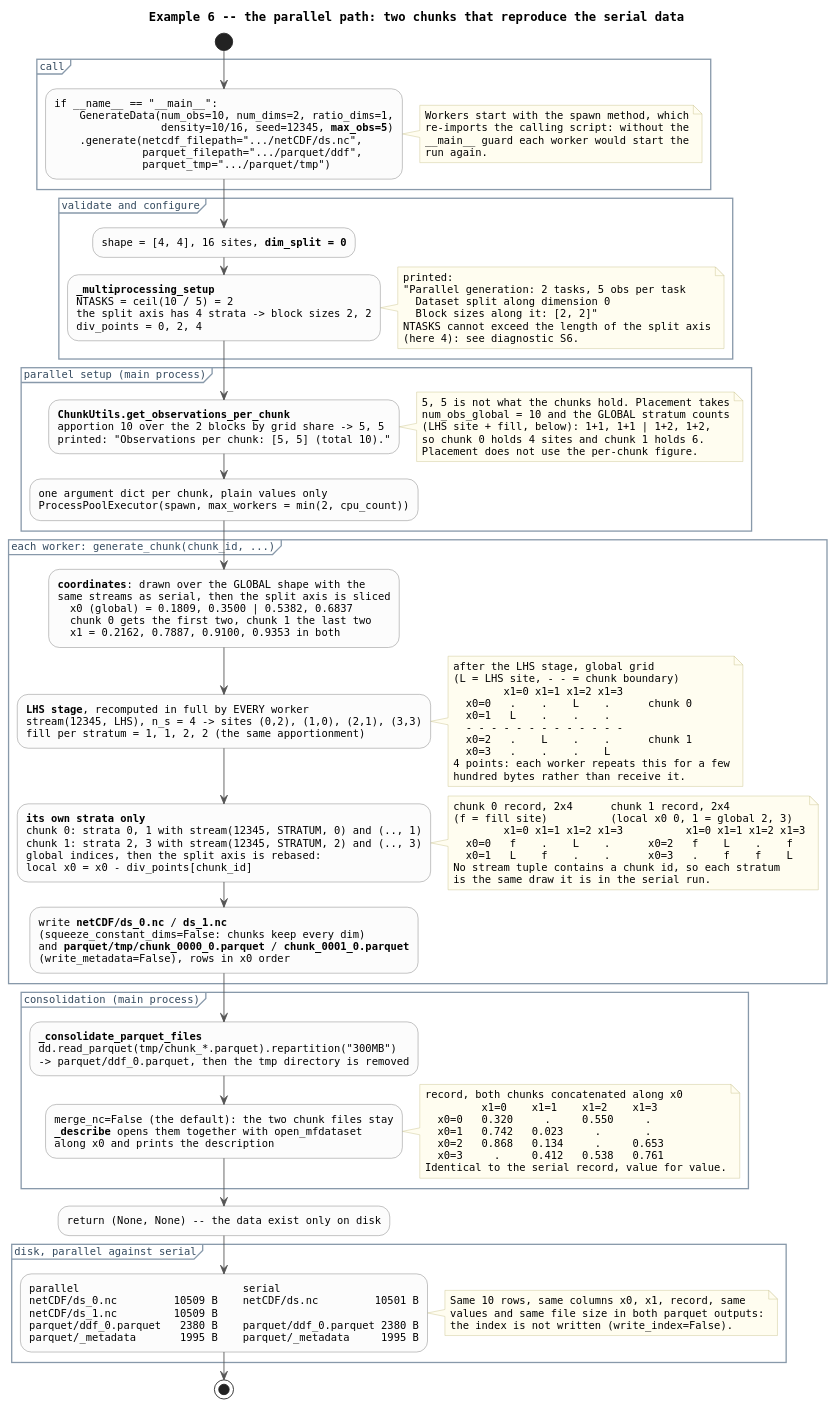
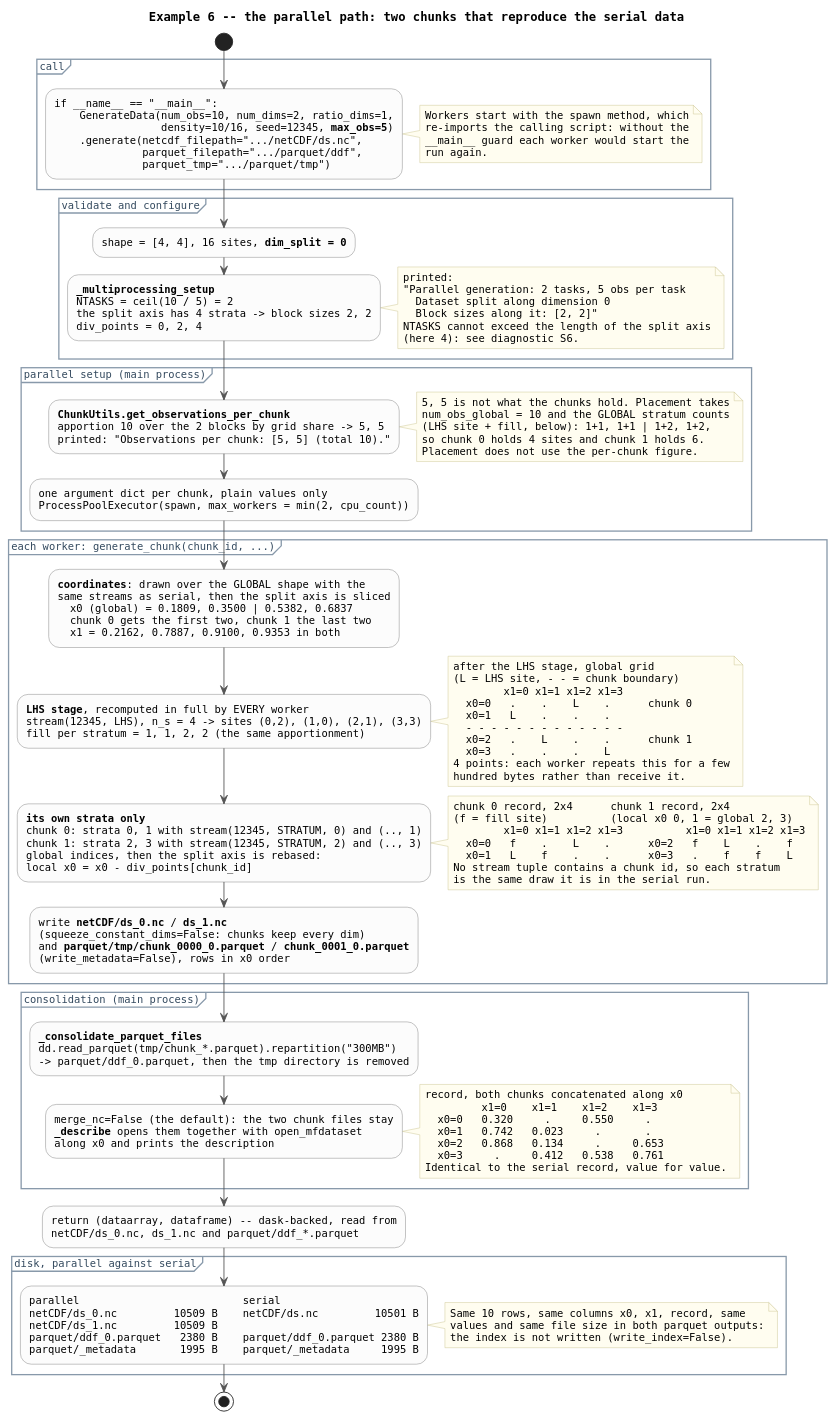
Before and after one commit to boom-lab/tabray: the diagram in docs/dataflow_example_parallel.puml, drawn with PlantUML. The commit also changed 6 other files, not shown here.

Commit message:
parallel generate() returns dask-backed dataset and dataframe

```diff
--- a/docs/dataflow_example_parallel.puml
+++ b/docs/dataflow_example_parallel.puml
@@ -1,158 +1,159 @@
 @startuml dataflow_example_parallel
 ' Worked example: the parallel path, one variable on a 4x4 grid in two
 ' chunks, compared with the serial run of the same call without max_obs.
 ' Every number here is from actual runs.
 ' Grids: rows x0 (= dim_split), columns x1, index space.
 ' Render: plantuml docs/dataflow_example_parallel.puml
 
 title Example 6 -- the parallel path: two chunks that reproduce the serial data
 
 skinparam shadowing false
 skinparam defaultFontName Monospaced
 skinparam defaultFontSize 12
 skinparam ArrowColor #555555
 skinparam activity {
   BackgroundColor #FCFCFC
   BorderColor #777777
   DiamondBackgroundColor #F2F2F2
 }
 skinparam partition {
   BorderColor #8899AA
   FontColor #33495E
 }
 skinparam note {
   BackgroundColor #FFFDF0
   BorderColor #C8C08A
 }
 
 start
 
 partition "call" {
   :if ~__name~__ == "~__main~__":
       GenerateData(num_obs=10, num_dims=2, ratio_dims=1,
                    density=10/16, seed=12345, <b>max_obs=5</b>)
       .generate(netcdf_filepath=".../netCDF/ds.nc",
                 parquet_filepath=".../parquet/ddf",
                 parquet_tmp=".../parquet/tmp");
   note right
     Workers start with the spawn method, which
     re-imports the calling script: without the
     ~__main~__ guard each worker would start the
     run again.
   end note
 }
 
 partition "validate and configure" {
   :shape = [4, 4], 16 sites, <b>dim_split = 0</b>;
 
   :<b>_multiprocessing_setup</b>
   NTASKS = ceil(10 / 5) = 2
   the split axis has 4 strata -> block sizes 2, 2
   div_points = 0, 2, 4;
   note right
     printed:
     "Parallel generation: 2 tasks, 5 obs per task
       Dataset split along dimension 0
       Block sizes along it: [2, 2]"
     NTASKS cannot exceed the length of the split axis
     (here 4): see diagnostic S6.
   end note
 }
 
 partition "parallel setup (main process)" {
   :<b>ChunkUtils.get_observations_per_chunk</b>
   apportion 10 over the 2 blocks by grid share -> 5, 5
   printed: "Observations per chunk: [5, 5] (total 10).";
   note right
     5, 5 is not what the chunks hold. Placement takes
     num_obs_global = 10 and the GLOBAL stratum counts
     (LHS site + fill, below): 1+1, 1+1 | 1+2, 1+2,
     so chunk 0 holds 4 sites and chunk 1 holds 6.
     Placement does not use the per-chunk figure.
   end note
 
   :one argument dict per chunk, plain values only
   ProcessPoolExecutor(spawn, max_workers = min(2, cpu_count));
 }
 
 partition "each worker: generate_chunk(chunk_id, ...)" {
   :<b>coordinates</b>: drawn over the GLOBAL shape with the
   same streams as serial, then the split axis is sliced
     x0 (global) = 0.1809, 0.3500 | 0.5382, 0.6837
     chunk 0 gets the first two, chunk 1 the last two
     x1 = 0.2162, 0.7887, 0.9100, 0.9353 in both;
 
   :<b>LHS stage</b>, recomputed in full by EVERY worker
   stream(12345, LHS), n_s = 4 -> sites (0,2), (1,0), (2,1), (3,3)
   fill per stratum = 1, 1, 2, 2 (the same apportionment);
   note right
     after the LHS stage, global grid
     (L = LHS site, - - = chunk boundary)
             x1=0 x1=1 x1=2 x1=3
       x0=0   .    .    L    .      chunk 0
       x0=1   L    .    .    .
       - - - - - - - - - - - - -
       x0=2   .    L    .    .      chunk 1
       x0=3   .    .    .    L
     4 points: each worker repeats this for a few
     hundred bytes rather than receive it.
   end note
 
   :<b>its own strata only</b>
   chunk 0: strata 0, 1 with stream(12345, STRATUM, 0) and (.., 1)
   chunk 1: strata 2, 3 with stream(12345, STRATUM, 2) and (.., 3)
   global indices, then the split axis is rebased:
   local x0 = x0 - div_points[chunk_id];
   note right
     chunk 0 record, 2x4      chunk 1 record, 2x4
     (f = fill site)          (local x0 0, 1 = global 2, 3)
             x1=0 x1=1 x1=2 x1=3          x1=0 x1=1 x1=2 x1=3
       x0=0   f    .    L    .      x0=2   f    L    .    f
       x0=1   L    f    .    .      x0=3   .    f    f    L
     No stream tuple contains a chunk id, so each stratum
     is the same draw it is in the serial run.
   end note
 
   :write <b>netCDF/ds_0.nc</b> / <b>ds_1.nc</b>
   (squeeze_constant_dims=False: chunks keep every dim)
   and <b>parquet/tmp/chunk_0000_0.parquet</b> / <b>chunk_0001_0.parquet</b>
   (write_metadata=False), rows in x0 order;
 }
 
 partition "consolidation (main process)" {
   :<b>_consolidate_parquet_files</b>
   dd.read_parquet(tmp/chunk_*.parquet).repartition("300MB")
   -> parquet/ddf_0.parquet, then the tmp directory is removed;
 
   :merge_nc=False (the default): the two chunk files stay
   <b>_describe</b> opens them together with open_mfdataset
   along x0 and prints the description;
   note right
     record, both chunks concatenated along x0
              x1=0    x1=1    x1=2    x1=3
       x0=0   0.320     .     0.550     .
       x0=1   0.742   0.023     .       .
       x0=2   0.868   0.134     .     0.653
       x0=3     .     0.412   0.538   0.761
     Identical to the serial record, value for value.
   end note
 }
 
-:return (None, None) -- the data exist only on disk;
+:return (dataarray, dataframe) -- dask-backed, read from
+netCDF/ds_0.nc, ds_1.nc and parquet/ddf_*.parquet;
 
 partition "disk, parallel against serial" {
   :parallel                          serial
   netCDF/ds_0.nc         10509 B    netCDF/ds.nc         10501 B
   netCDF/ds_1.nc         10509 B
   parquet/ddf_0.parquet   2380 B    parquet/ddf_0.parquet 2380 B
   parquet/_metadata       1995 B    parquet/_metadata     1995 B;
   note right
     Same 10 rows, same columns x0, x1, record, same
     values and same file size in both parquet outputs:
     the index is not written (write_index=False).
   end note
 }
 
 stop
 
 @enduml
```
